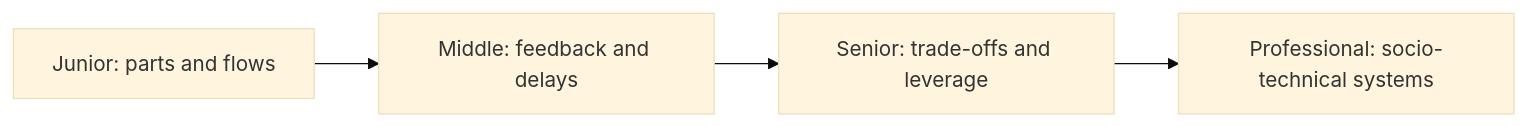
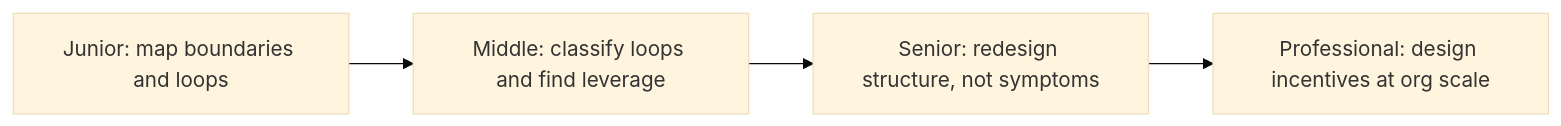
The first of 2 diagrams in craftsmanship/engineering-thinking/03-systems-thinking/README.md (flynn3103/engineer-knowledge), drawn with Mermaid (base theme) before and after one commit. The commit also changed other lines of this file and 41 other files, not shown here.

````diff
--- a/craftsmanship/engineering-thinking/03-systems-thinking/README.md
+++ b/craftsmanship/engineering-thinking/03-systems-thinking/README.md
@@ -5,6 +5,6 @@
 ```mermaid
 flowchart LR
-    J[Junior: parts and flows] --> M[Middle: feedback and delays]
-    M --> S[Senior: trade-offs and leverage]
-    S --> P[Professional: socio-technical systems]
+    J[Junior: map boundaries and loops] --> M[Middle: classify loops and find leverage]
+    M --> S[Senior: redesign structure, not symptoms]
+    S --> P[Professional: design incentives at org scale]
 ```
````
